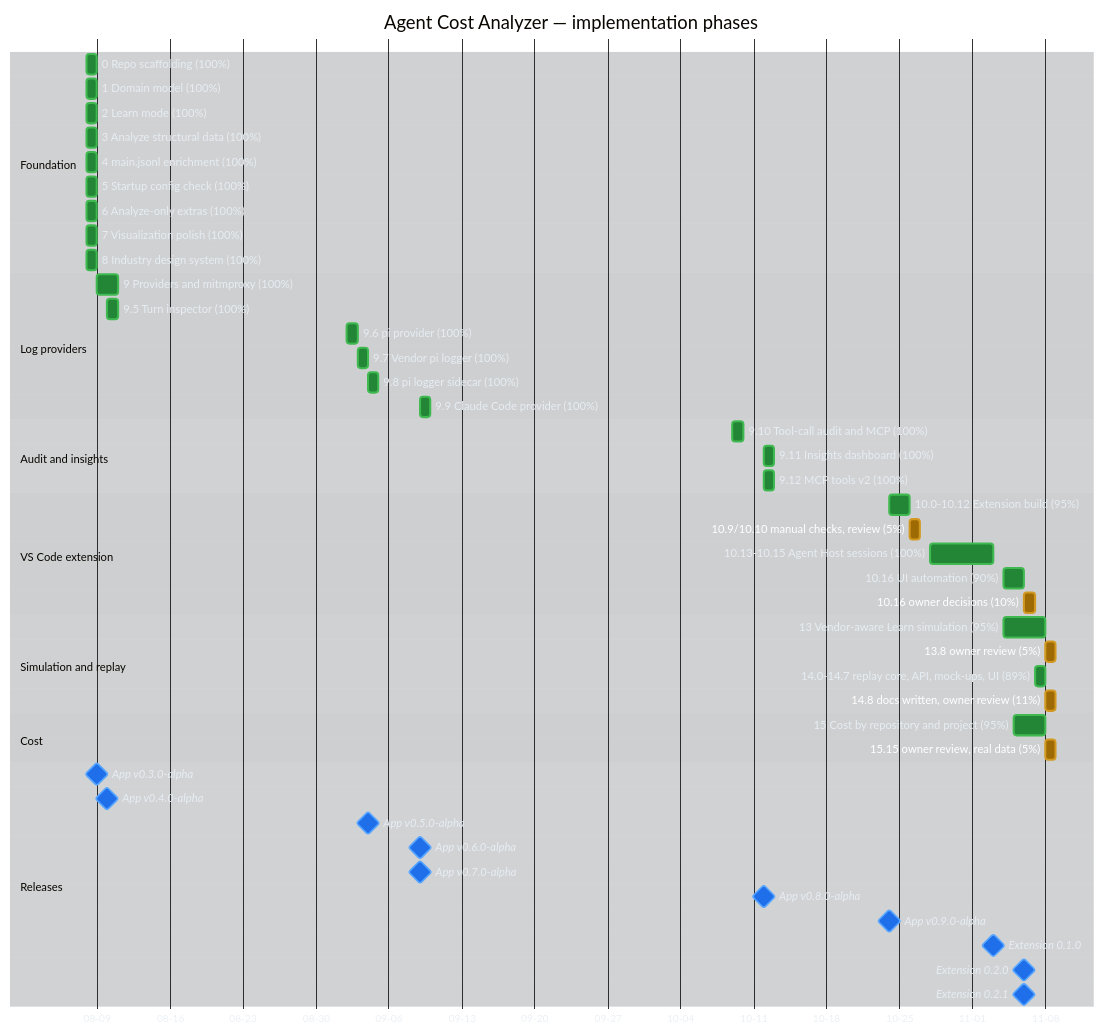
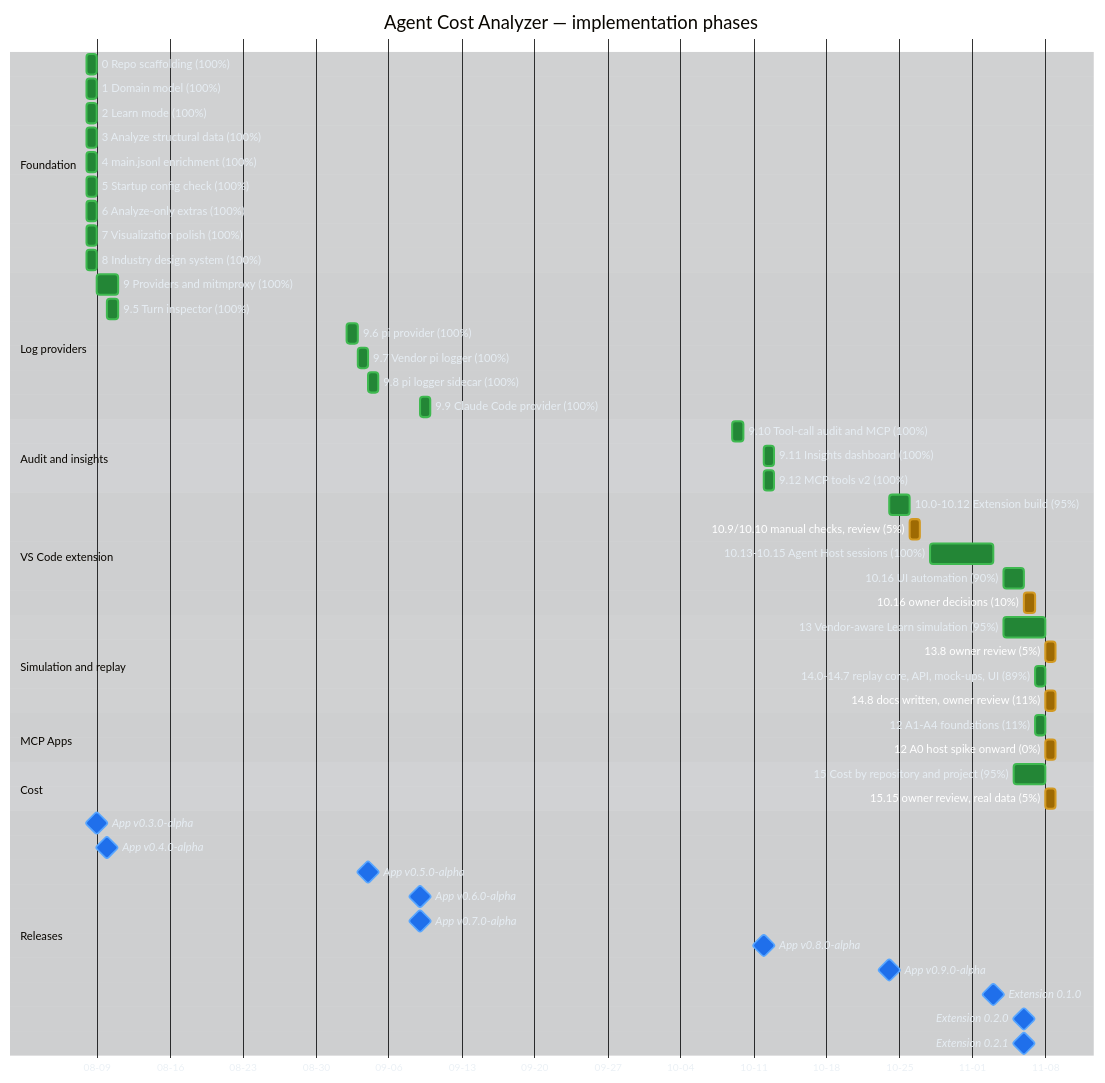
Before and after one commit to raulkivi/agent-cost-analyzer: the first of 3 diagrams in docs/implementation-plan-gantt.md, drawn with Mermaid. The commit also changed other lines of this file and 2 other files, not shown here.

First line of the commit message:
docs: Phase 12 A1-A4 done (plan, implementation plan, Gantt)

```diff
--- a/docs/implementation-plan-gantt.md
+++ b/docs/implementation-plan-gantt.md
@@ -72,6 +72,10 @@
     14.0-14.7 replay core, API, mock-ups, UI (89%) :done, p14, 2026-11-07, 1d
     14.8 docs written, owner review (11%)  :active, p14r, after p14, 1d
 
+    section MCP Apps
+    12 A1-A4 foundations (11%)             :done, p12a, 2026-11-07, 1d
+    12 A0 host spike onward (0%)          :active, p12b, after p12a, 1d
+
     section Cost
     15 Cost by repository and project (95%) :done, p15, 2026-11-05, 3d
     15.15 owner review, real data (5%)     :active, p15r, after p15, 1d
```
